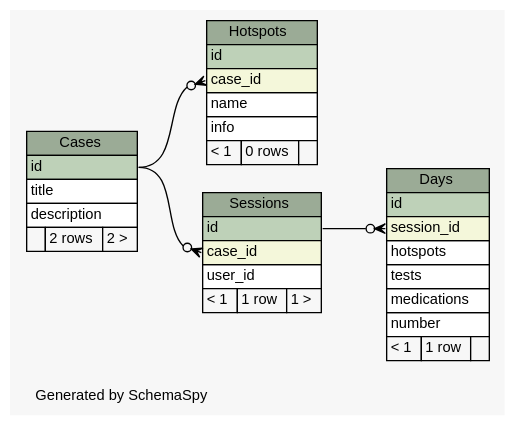
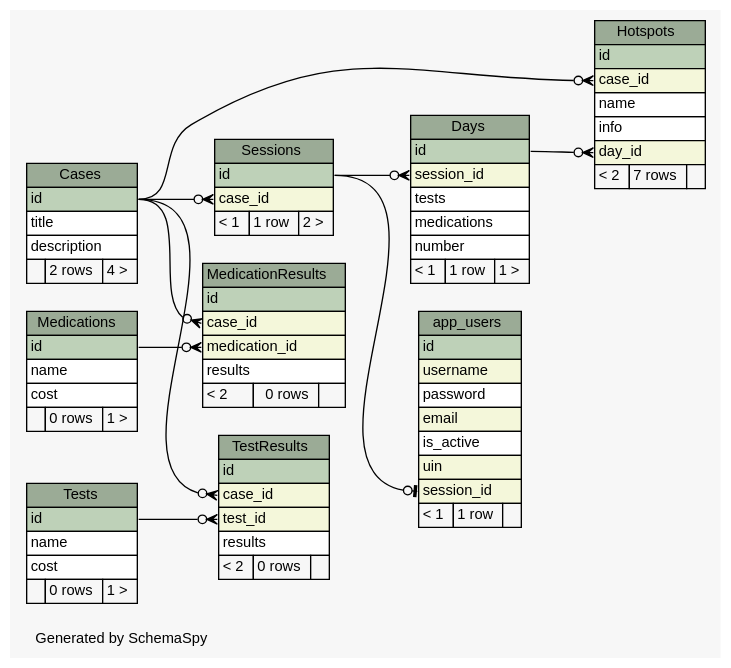
Before and after one commit to carrel2/CaseStudies: the diagram in web/files/schema/diagrams/summary/relationships.real.large.dot, drawn with Graphviz. The commit also changed 87 other files, not shown here.

Commit message:
More work on database schema

```diff
--- a/web/files/schema/diagrams/summary/relationships.real.large.dot
+++ b/web/files/schema/diagrams/summary/relationships.real.large.dot
@@ -1,77 +1,148 @@
 // dot 2.38.0 on Linux 4.4.0-59-generic
 // SchemaSpy rev 590
 digraph "largeRelationshipsDiagram" {
   graph [
     rankdir="RL"
     bgcolor="#f7f7f7"
     label="\nGenerated by SchemaSpy"
     labeljust="l"
     nodesep="0.18"
     ranksep="0.46"
     fontname="Helvetica"
     fontsize="11"
   ];
   node [
     fontname="Helvetica"
     fontsize="11"
     shape="plaintext"
   ];
   edge [
     arrowsize="0.8"
   ];
+  "app_users" [
+    label=<
+    <TABLE BORDER="0" CELLBORDER="1" CELLSPACING="0" BGCOLOR="#ffffff">
+      <TR><TD COLSPAN="3" BGCOLOR="#9bab96" ALIGN="CENTER">app_users</TD></TR>
+      <TR><TD PORT="id" COLSPAN="3" BGCOLOR="#bed1b8" ALIGN="LEFT">id</TD></TR>
+      <TR><TD PORT="username" COLSPAN="3" BGCOLOR="#f4f7da" ALIGN="LEFT">username</TD></TR>
+      <TR><TD PORT="password" COLSPAN="3" ALIGN="LEFT">password</TD></TR>
+      <TR><TD PORT="email" COLSPAN="3" BGCOLOR="#f4f7da" ALIGN="LEFT">email</TD></TR>
+      <TR><TD PORT="is_active" COLSPAN="3" ALIGN="LEFT">is_active</TD></TR>
+      <TR><TD PORT="uin" COLSPAN="3" BGCOLOR="#f4f7da" ALIGN="LEFT">uin</TD></TR>
+      <TR><TD PORT="session_id" COLSPAN="3" BGCOLOR="#f4f7da" ALIGN="LEFT">session_id</TD></TR>
+      <TR><TD ALIGN="LEFT" BGCOLOR="#f7f7f7">&lt; 1</TD><TD ALIGN="RIGHT" BGCOLOR="#f7f7f7">1 row</TD><TD ALIGN="RIGHT" BGCOLOR="#f7f7f7">  </TD></TR>
+    </TABLE>>
+    URL="tables/app_users.html"
+    tooltip="app_users"
+  ];
   "Cases" [
     label=<
     <TABLE BORDER="0" CELLBORDER="1" CELLSPACING="0" BGCOLOR="#ffffff">
       <TR><TD COLSPAN="3" BGCOLOR="#9bab96" ALIGN="CENTER">Cases</TD></TR>
       <TR><TD PORT="id" COLSPAN="3" BGCOLOR="#bed1b8" ALIGN="LEFT">id</TD></TR>
       <TR><TD PORT="title" COLSPAN="3" ALIGN="LEFT">title</TD></TR>
       <TR><TD PORT="description" COLSPAN="3" ALIGN="LEFT">description</TD></TR>
-      <TR><TD ALIGN="LEFT" BGCOLOR="#f7f7f7">  </TD><TD ALIGN="RIGHT" BGCOLOR="#f7f7f7">2 rows</TD><TD ALIGN="RIGHT" BGCOLOR="#f7f7f7">2 &gt;</TD></TR>
+      <TR><TD ALIGN="LEFT" BGCOLOR="#f7f7f7">  </TD><TD ALIGN="RIGHT" BGCOLOR="#f7f7f7">2 rows</TD><TD ALIGN="RIGHT" BGCOLOR="#f7f7f7">4 &gt;</TD></TR>
     </TABLE>>
     URL="tables/Cases.html"
     tooltip="Cases"
   ];
   "Days" [
     label=<
     <TABLE BORDER="0" CELLBORDER="1" CELLSPACING="0" BGCOLOR="#ffffff">
       <TR><TD COLSPAN="3" BGCOLOR="#9bab96" ALIGN="CENTER">Days</TD></TR>
       <TR><TD PORT="id" COLSPAN="3" BGCOLOR="#bed1b8" ALIGN="LEFT">id</TD></TR>
       <TR><TD PORT="session_id" COLSPAN="3" BGCOLOR="#f4f7da" ALIGN="LEFT">session_id</TD></TR>
-      <TR><TD PORT="hotspots" COLSPAN="3" ALIGN="LEFT">hotspots</TD></TR>
       <TR><TD PORT="tests" COLSPAN="3" ALIGN="LEFT">tests</TD></TR>
       <TR><TD PORT="medications" COLSPAN="3" ALIGN="LEFT">medications</TD></TR>
       <TR><TD PORT="number" COLSPAN="3" ALIGN="LEFT">number</TD></TR>
-      <TR><TD ALIGN="LEFT" BGCOLOR="#f7f7f7">&lt; 1</TD><TD ALIGN="RIGHT" BGCOLOR="#f7f7f7">1 row</TD><TD ALIGN="RIGHT" BGCOLOR="#f7f7f7">  </TD></TR>
+      <TR><TD ALIGN="LEFT" BGCOLOR="#f7f7f7">&lt; 1</TD><TD ALIGN="RIGHT" BGCOLOR="#f7f7f7">1 row</TD><TD ALIGN="RIGHT" BGCOLOR="#f7f7f7">1 &gt;</TD></TR>
     </TABLE>>
     URL="tables/Days.html"
     tooltip="Days"
   ];
   "Hotspots" [
     label=<
     <TABLE BORDER="0" CELLBORDER="1" CELLSPACING="0" BGCOLOR="#ffffff">
       <TR><TD COLSPAN="3" BGCOLOR="#9bab96" ALIGN="CENTER">Hotspots</TD></TR>
       <TR><TD PORT="id" COLSPAN="3" BGCOLOR="#bed1b8" ALIGN="LEFT">id</TD></TR>
       <TR><TD PORT="case_id" COLSPAN="3" BGCOLOR="#f4f7da" ALIGN="LEFT">case_id</TD></TR>
       <TR><TD PORT="name" COLSPAN="3" ALIGN="LEFT">name</TD></TR>
       <TR><TD PORT="info" COLSPAN="3" ALIGN="LEFT">info</TD></TR>
-      <TR><TD ALIGN="LEFT" BGCOLOR="#f7f7f7">&lt; 1</TD><TD ALIGN="RIGHT" BGCOLOR="#f7f7f7">0 rows</TD><TD ALIGN="RIGHT" BGCOLOR="#f7f7f7">  </TD></TR>
+      <TR><TD PORT="day_id" COLSPAN="3" BGCOLOR="#f4f7da" ALIGN="LEFT">day_id</TD></TR>
+      <TR><TD ALIGN="LEFT" BGCOLOR="#f7f7f7">&lt; 2</TD><TD ALIGN="RIGHT" BGCOLOR="#f7f7f7">7 rows</TD><TD ALIGN="RIGHT" BGCOLOR="#f7f7f7">  </TD></TR>
     </TABLE>>
     URL="tables/Hotspots.html"
     tooltip="Hotspots"
+  ];
+  "MedicationResults" [
+    label=<
+    <TABLE BORDER="0" CELLBORDER="1" CELLSPACING="0" BGCOLOR="#ffffff">
+      <TR><TD COLSPAN="3" BGCOLOR="#9bab96" ALIGN="CENTER">MedicationResults</TD></TR>
+      <TR><TD PORT="id" COLSPAN="3" BGCOLOR="#bed1b8" ALIGN="LEFT">id</TD></TR>
+      <TR><TD PORT="case_id" COLSPAN="3" BGCOLOR="#f4f7da" ALIGN="LEFT">case_id</TD></TR>
+      <TR><TD PORT="medication_id" COLSPAN="3" BGCOLOR="#f4f7da" ALIGN="LEFT">medication_id</TD></TR>
+      <TR><TD PORT="results" COLSPAN="3" ALIGN="LEFT">results</TD></TR>
+      <TR><TD ALIGN="LEFT" BGCOLOR="#f7f7f7">&lt; 2</TD><TD ALIGN="RIGHT" BGCOLOR="#f7f7f7">0 rows</TD><TD ALIGN="RIGHT" BGCOLOR="#f7f7f7">  </TD></TR>
+    </TABLE>>
+    URL="tables/MedicationResults.html"
+    tooltip="MedicationResults"
+  ];
+  "Medications" [
+    label=<
+    <TABLE BORDER="0" CELLBORDER="1" CELLSPACING="0" BGCOLOR="#ffffff">
+      <TR><TD COLSPAN="3" BGCOLOR="#9bab96" ALIGN="CENTER">Medications</TD></TR>
+      <TR><TD PORT="id" COLSPAN="3" BGCOLOR="#bed1b8" ALIGN="LEFT">id</TD></TR>
+      <TR><TD PORT="name" COLSPAN="3" ALIGN="LEFT">name</TD></TR>
+      <TR><TD PORT="cost" COLSPAN="3" ALIGN="LEFT">cost</TD></TR>
+      <TR><TD ALIGN="LEFT" BGCOLOR="#f7f7f7">  </TD><TD ALIGN="RIGHT" BGCOLOR="#f7f7f7">0 rows</TD><TD ALIGN="RIGHT" BGCOLOR="#f7f7f7">1 &gt;</TD></TR>
+    </TABLE>>
+    URL="tables/Medications.html"
+    tooltip="Medications"
   ];
   "Sessions" [
     label=<
     <TABLE BORDER="0" CELLBORDER="1" CELLSPACING="0" BGCOLOR="#ffffff">
       <TR><TD COLSPAN="3" BGCOLOR="#9bab96" ALIGN="CENTER">Sessions</TD></TR>
       <TR><TD PORT="id" COLSPAN="3" BGCOLOR="#bed1b8" ALIGN="LEFT">id</TD></TR>
       <TR><TD PORT="case_id" COLSPAN="3" BGCOLOR="#f4f7da" ALIGN="LEFT">case_id</TD></TR>
-      <TR><TD PORT="user_id" COLSPAN="3" ALIGN="LEFT">user_id</TD></TR>
-      <TR><TD ALIGN="LEFT" BGCOLOR="#f7f7f7">&lt; 1</TD><TD ALIGN="RIGHT" BGCOLOR="#f7f7f7">1 row</TD><TD ALIGN="RIGHT" BGCOLOR="#f7f7f7">1 &gt;</TD></TR>
+      <TR><TD ALIGN="LEFT" BGCOLOR="#f7f7f7">&lt; 1</TD><TD ALIGN="RIGHT" BGCOLOR="#f7f7f7">1 row</TD><TD ALIGN="RIGHT" BGCOLOR="#f7f7f7">2 &gt;</TD></TR>
     </TABLE>>
     URL="tables/Sessions.html"
     tooltip="Sessions"
   ];
+  "TestResults" [
+    label=<
+    <TABLE BORDER="0" CELLBORDER="1" CELLSPACING="0" BGCOLOR="#ffffff">
+      <TR><TD COLSPAN="3" BGCOLOR="#9bab96" ALIGN="CENTER">TestResults</TD></TR>
+      <TR><TD PORT="id" COLSPAN="3" BGCOLOR="#bed1b8" ALIGN="LEFT">id</TD></TR>
+      <TR><TD PORT="case_id" COLSPAN="3" BGCOLOR="#f4f7da" ALIGN="LEFT">case_id</TD></TR>
+      <TR><TD PORT="test_id" COLSPAN="3" BGCOLOR="#f4f7da" ALIGN="LEFT">test_id</TD></TR>
+      <TR><TD PORT="results" COLSPAN="3" ALIGN="LEFT">results</TD></TR>
+      <TR><TD ALIGN="LEFT" BGCOLOR="#f7f7f7">&lt; 2</TD><TD ALIGN="RIGHT" BGCOLOR="#f7f7f7">0 rows</TD><TD ALIGN="RIGHT" BGCOLOR="#f7f7f7">  </TD></TR>
+    </TABLE>>
+    URL="tables/TestResults.html"
+    tooltip="TestResults"
+  ];
+  "Tests" [
+    label=<
+    <TABLE BORDER="0" CELLBORDER="1" CELLSPACING="0" BGCOLOR="#ffffff">
+      <TR><TD COLSPAN="3" BGCOLOR="#9bab96" ALIGN="CENTER">Tests</TD></TR>
+      <TR><TD PORT="id" COLSPAN="3" BGCOLOR="#bed1b8" ALIGN="LEFT">id</TD></TR>
+      <TR><TD PORT="name" COLSPAN="3" ALIGN="LEFT">name</TD></TR>
+      <TR><TD PORT="cost" COLSPAN="3" ALIGN="LEFT">cost</TD></TR>
+      <TR><TD ALIGN="LEFT" BGCOLOR="#f7f7f7">  </TD><TD ALIGN="RIGHT" BGCOLOR="#f7f7f7">0 rows</TD><TD ALIGN="RIGHT" BGCOLOR="#f7f7f7">1 &gt;</TD></TR>
+    </TABLE>>
+    URL="tables/Tests.html"
+    tooltip="Tests"
+  ];
+  "app_users":"session_id":w -> "Sessions":"id":e [arrowhead=none dir=back arrowtail=teeodot];
   "Days":"session_id":w -> "Sessions":"id":e [arrowhead=none dir=back arrowtail=crowodot];
   "Hotspots":"case_id":w -> "Cases":"id":e [arrowhead=none dir=back arrowtail=crowodot];
+  "Hotspots":"day_id":w -> "Days":"id":e [arrowhead=none dir=back arrowtail=crowodot];
+  "MedicationResults":"case_id":w -> "Cases":"id":e [arrowhead=none dir=back arrowtail=crowodot];
+  "MedicationResults":"medication_id":w -> "Medications":"id":e [arrowhead=none dir=back arrowtail=crowodot];
   "Sessions":"case_id":w -> "Cases":"id":e [arrowhead=none dir=back arrowtail=crowodot];
+  "TestResults":"case_id":w -> "Cases":"id":e [arrowhead=none dir=back arrowtail=crowodot];
+  "TestResults":"test_id":w -> "Tests":"id":e [arrowhead=none dir=back arrowtail=crowodot];
 }
```
